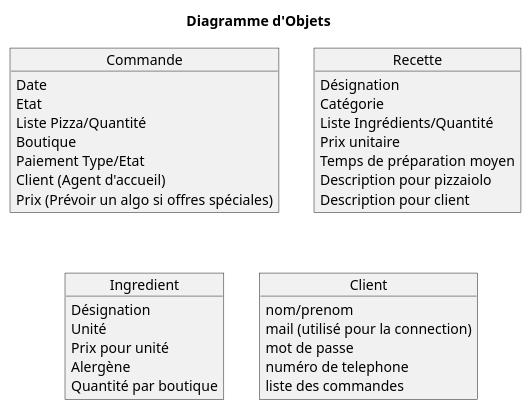
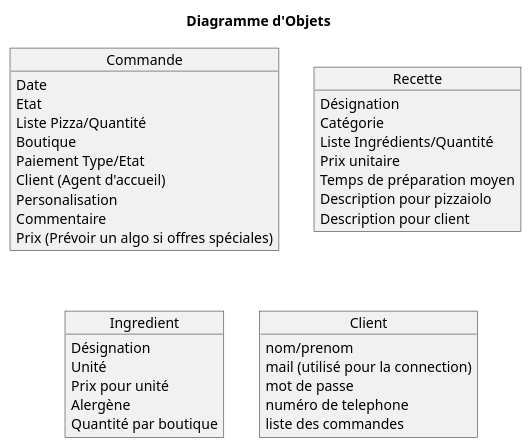
One commit to Zepmanbc/oc_dapython_pr4 changed the diagram in doc/uml/6_ObjectDiagram.puml. Above: the diagram before and after it, drawn with PlantUML. The commit also changed 24 other files, not shown here.

```diff
--- a/doc/uml/6_ObjectDiagram.puml
+++ b/doc/uml/6_ObjectDiagram.puml
@@ -1,41 +1,43 @@
 @startuml 6_ObjectDiagram
 title Diagramme d'Objets
 
 object Commande {
     Date
     Etat
     Liste Pizza/Quantité
     Boutique
     Paiement Type/Etat
     Client (Agent d'accueil)
+    Personalisation
+    Commentaire
     Prix (Prévoir un algo si offres spéciales)
 }
 
 object Recette {
     Désignation
     Catégorie
     Liste Ingrédients/Quantité
     Prix unitaire
     Temps de préparation moyen
     Description pour pizzaiolo
     Description pour client
 }
 
 object Ingredient {
     Désignation
     Unité
     Prix pour unité
     Alergène
     Quantité par boutique
 }
 
 object Client {
     nom/prenom
     mail (utilisé pour la connection)
     mot de passe
     numéro de telephone
     liste des commandes
 }
 
 
 @enduml
```
